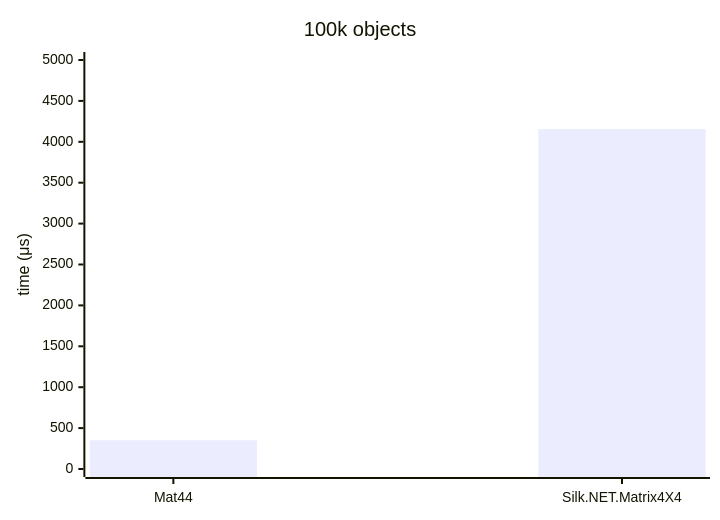
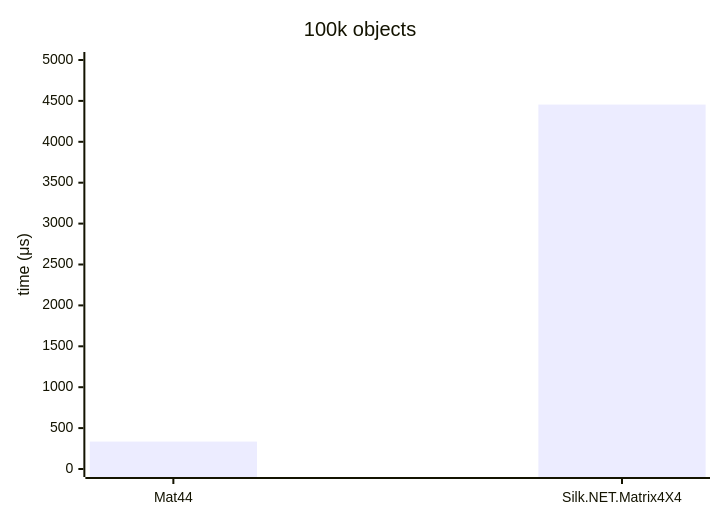
The diagram in reports/mat44-f64.md (malstraem/generic-simd-numerics), drawn with Mermaid before and after one commit. The commit also changed other lines of this file and 90 other files, not shown here.

````diff
--- a/reports/mat44-f64.md
+++ b/reports/mat44-f64.md
@@ -5,7 +5,7 @@
 ```mermaid
 xychart
     title "100k objects"
     x-axis [Mat44, Silk.NET.Matrix4X4]
     y-axis "time (μs)" 0 --> 5000
-    bar [352, 4155]
+    bar [335, 4455]
 ```
````
